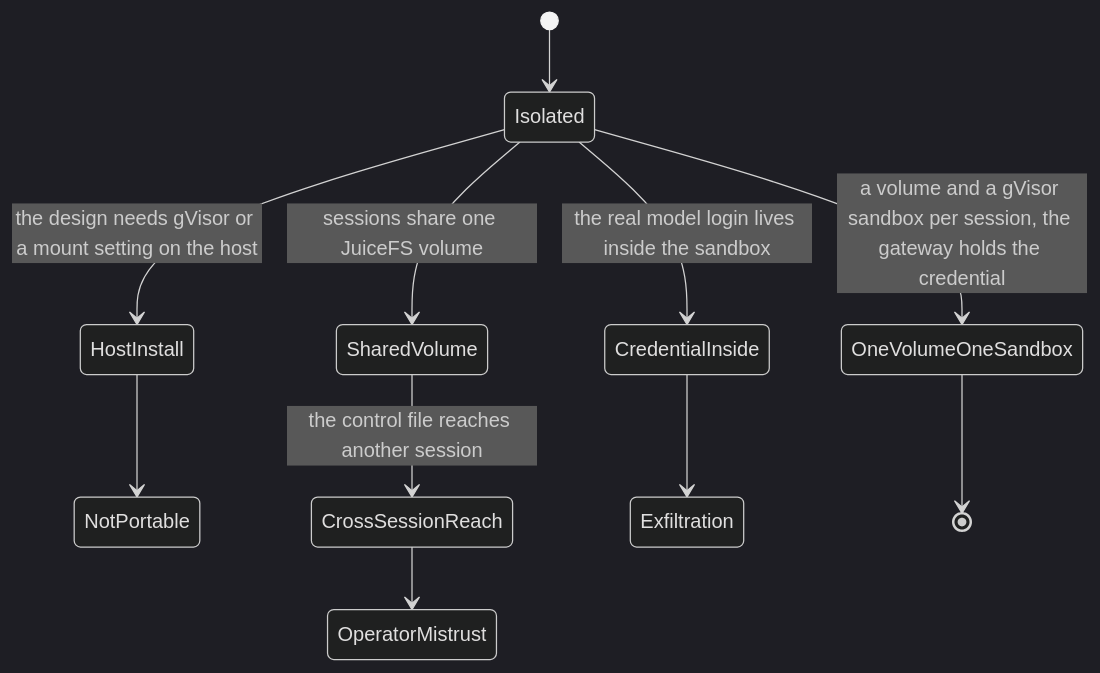
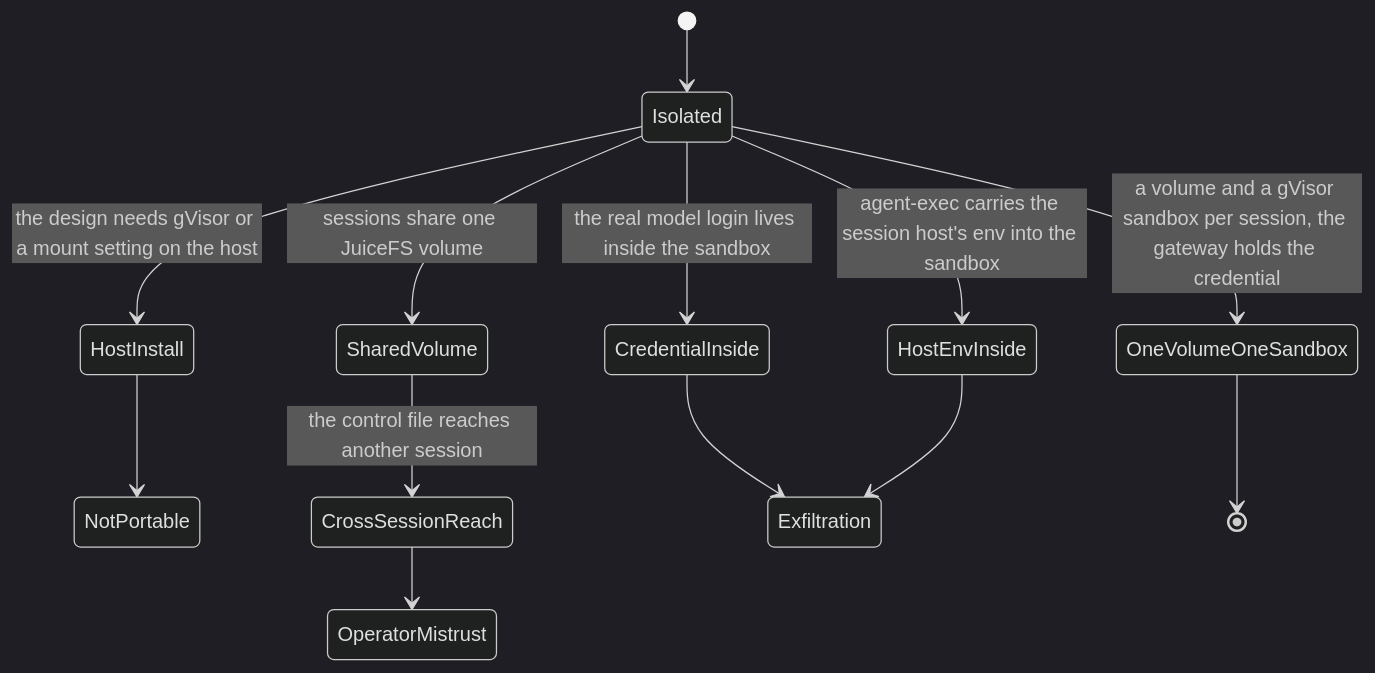
Before and after one commit to eaucoin/alasio: the third of 3 diagrams in sandbox/README.md, drawn with Mermaid (dark theme). The commit also changed other lines of this file and 4 other files, not shown here.

First line of the commit message:
Keep the session host's environment out of the sandbox

````diff
--- a/sandbox/README.md
+++ b/sandbox/README.md
@@ -39,13 +38,15 @@
 ```mermaid
 stateDiagram-v2
   [*] --> Isolated
   Isolated --> HostInstall: the design needs gVisor or a mount setting on the host
   HostInstall --> NotPortable
   Isolated --> SharedVolume: sessions share one JuiceFS volume
   SharedVolume --> CrossSessionReach: the control file reaches another session
   CrossSessionReach --> OperatorMistrust
   Isolated --> CredentialInside: the real model login lives inside the sandbox
   CredentialInside --> Exfiltration
+  Isolated --> HostEnvInside: agent-exec carries the session host's env into the sandbox
+  HostEnvInside --> Exfiltration
   Isolated --> OneVolumeOneSandbox: a volume and a gVisor sandbox per session, the gateway holds the credential
   OneVolumeOneSandbox --> [*]
 ```
````
